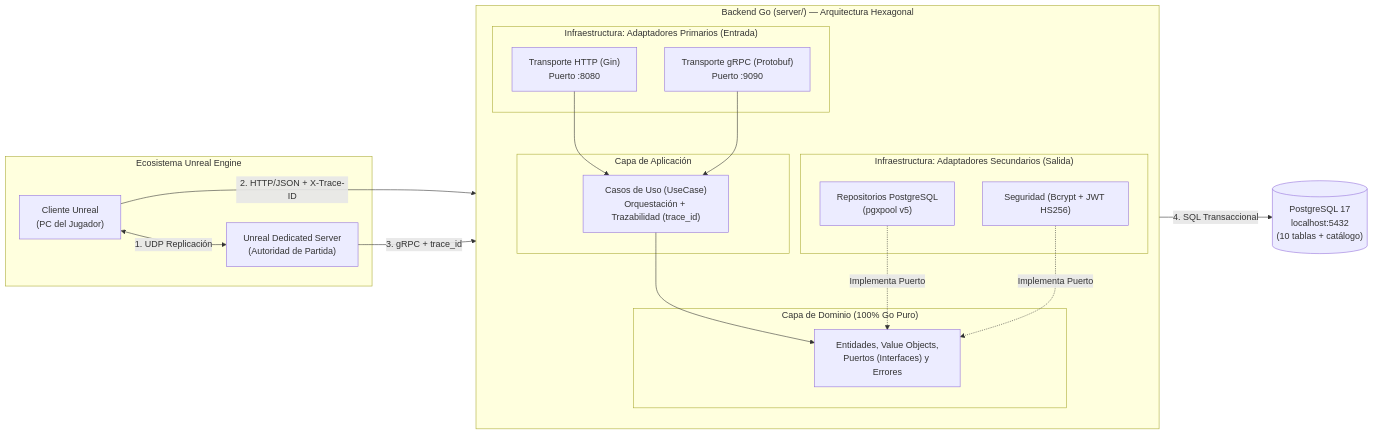
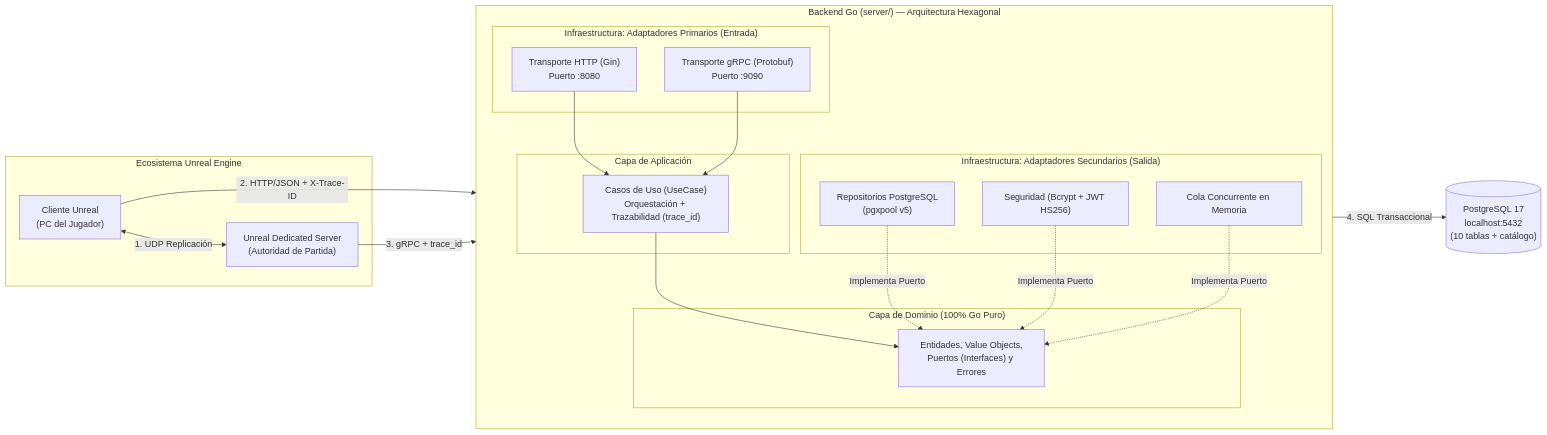
One commit to ChupeteGames/server changed the diagram in README.md. Above: the diagram before and after it, drawn with Mermaid. The commit also changed other lines of this file and 22 other files, not shown here.

Commit message:
Implementa modulo matchmaking con cola 2v2 en HTTP y validacion de tickets en gRPC

````diff
--- a/README.md
+++ b/README.md
@@ -14,41 +14,43 @@
 ```mermaid
 flowchart LR
     subgraph Unreal["Ecosistema Unreal Engine"]
         Client["Cliente Unreal<br/>(PC del Jugador)"]
         DedSrv["Unreal Dedicated Server<br/>(Autoridad de Partida)"]
     end
 
     subgraph GoServer["Backend Go (server/) — Arquitectura Hexagonal"]
         direction TB
         subgraph InfraIn["Infraestructura: Adaptadores Primarios (Entrada)"]
             HTTP["Transporte HTTP (Gin)<br/>Puerto :8080"]
             GRPC["Transporte gRPC (Protobuf)<br/>Puerto :9090"]
         end
 
         subgraph App["Capa de Aplicación"]
             UC["Casos de Uso (UseCase)<br/>Orquestación + Trazabilidad (trace_id)"]
         end
 
         subgraph Dom["Capa de Dominio (100% Go Puro)"]
             Entities["Entidades, Value Objects,<br/>Puertos (Interfaces) y Errores"]
         end
 
         subgraph InfraOut["Infraestructura: Adaptadores Secundarios (Salida)"]
             PGAdapter["Repositorios PostgreSQL<br/>(pgxpool v5)"]
             SecAdapter["Seguridad (Bcrypt + JWT HS256)"]
+            QueueAdapter["Cola Concurrente en Memoria"]
         end
 
         HTTP --> UC
         GRPC --> UC
         UC --> Entities
         PGAdapter -. "Implementa Puerto" .-> Entities
         SecAdapter -. "Implementa Puerto" .-> Entities
+        QueueAdapter -. "Implementa Puerto" .-> Entities
     end
 
     DB[("PostgreSQL 17<br/>localhost:5432<br/>(10 tablas + catálogo)")]
 
     Client -- "1. UDP Replicación" <--> DedSrv
     Client -- "2. HTTP/JSON + X-Trace-ID" --> HTTP
     DedSrv -- "3. gRPC + trace_id" --> GRPC
     PGAdapter -- "4. SQL Transaccional" --> DB
 ```
````
